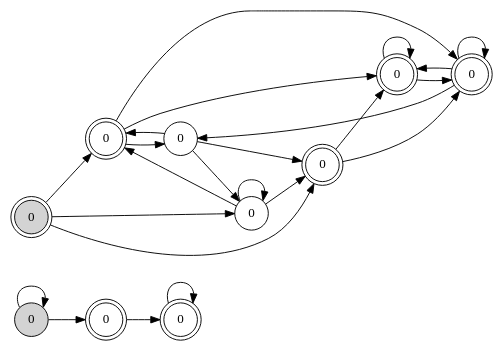
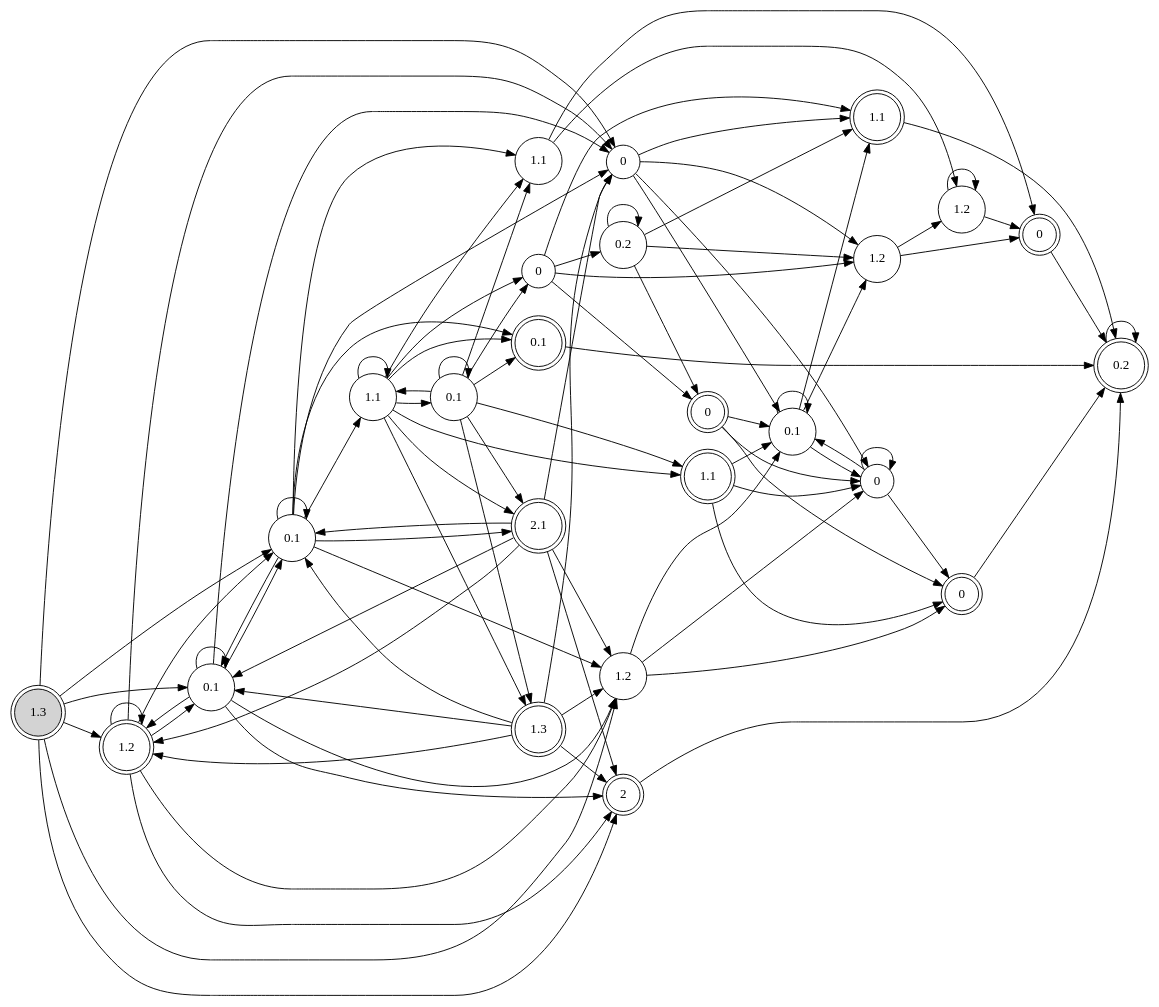
The diagram in cmake-build-debug/SBA.dot (Tj-Cong/EnPAC_2021_RD), drawn with Graphviz before and after one commit. The commit also changed 24 other files, not shown here.

```diff
--- a/cmake-build-debug/SBA.dot
+++ b/cmake-build-debug/SBA.dot
@@ -1,37 +1,123 @@
 digraph SBA{
 	rankdir=LR
-	0 [shape=circle,style=filled,label="0"]
-	1 [shape=doublecircle,style=filled,label="0"]
-	2 [shape=doublecircle,label="0"]
-	3 [shape=doublecircle,label="0"]
-	4 [shape=circle,label="0"]
-	6 [shape=doublecircle,label="0"]
-	8 [shape=circle,label="0"]
-	11 [shape=doublecircle,label="0"]
-	13 [shape=doublecircle,label="0"]
-	15 [shape=doublecircle,label="0"]
+	0 [shape=doublecircle,style=filled,label="1.3"]
+	1 [shape=doublecircle,label="1.2"]
+	2 [shape=doublecircle,label="2.1"]
+	5 [shape=doublecircle,label="1.3"]
+	6 [shape=doublecircle,label="2"]
+	7 [shape=circle,label="1.2"]
+	8 [shape=circle,label="0.1"]
+	9 [shape=circle,label="0"]
+	10 [shape=circle,label="0.1"]
+	13 [shape=doublecircle,label="0.1"]
+	14 [shape=circle,label="1.1"]
+	15 [shape=circle,label="1.1"]
+	19 [shape=circle,label="0.1"]
+	23 [shape=doublecircle,label="1.1"]
+	24 [shape=circle,label="0"]
+	25 [shape=circle,label="1.2"]
+	31 [shape=doublecircle,label="0"]
+	32 [shape=doublecircle,label="0.2"]
+	34 [shape=doublecircle,label="0"]
+	38 [shape=circle,label="0.1"]
+	40 [shape=doublecircle,label="1.1"]
+	41 [shape=circle,label="0"]
+	42 [shape=circle,label="1.2"]
+	44 [shape=circle,label="0.2"]
+	45 [shape=doublecircle,label="0"]
 
-	0->0
+	0->1
 	0->6
-	1->2
-	1->3
-	1->4
+	0->7
+	0->8
+	0->9
+	0->10
+	1->1
+	1->6
+	1->7
+	1->8
+	1->9
+	1->10
+	2->1
+	2->6
+	2->7
 	2->8
-	2->11
-	2->13
-	3->11
-	3->13
-	4->2
-	4->3
-	4->4
-	6->15
-	8->2
-	8->3
-	8->4
-	11->11
-	11->13
-	13->8
-	13->11
-	13->13
+	2->9
+	2->10
+	5->1
+	5->6
+	5->7
+	5->8
+	5->9
+	5->10
+	6->32
+	7->19
+	7->24
+	7->31
+	8->1
+	8->6
+	8->7
+	8->8
+	8->9
+	8->10
+	9->19
+	9->23
+	9->24
+	9->25
+	10->2
+	10->7
+	10->8
+	10->9
+	10->10
+	10->13
+	10->14
+	10->15
+	13->32
+	14->34
+	14->42
+	15->2
+	15->5
+	15->13
+	15->14
 	15->15
+	15->38
+	15->40
+	15->41
+	19->19
+	19->23
+	19->24
+	19->25
+	23->32
+	24->19
+	24->24
+	24->31
+	25->34
+	25->42
+	31->32
+	32->32
+	34->32
+	38->2
+	38->5
+	38->13
+	38->14
+	38->15
+	38->38
+	38->40
+	38->41
+	40->19
+	40->24
+	40->31
+	41->23
+	41->25
+	41->44
+	41->45
+	42->34
+	42->42
+	44->23
+	44->25
+	44->44
+	44->45
+	45->19
+	45->24
+	45->31
 }
```
